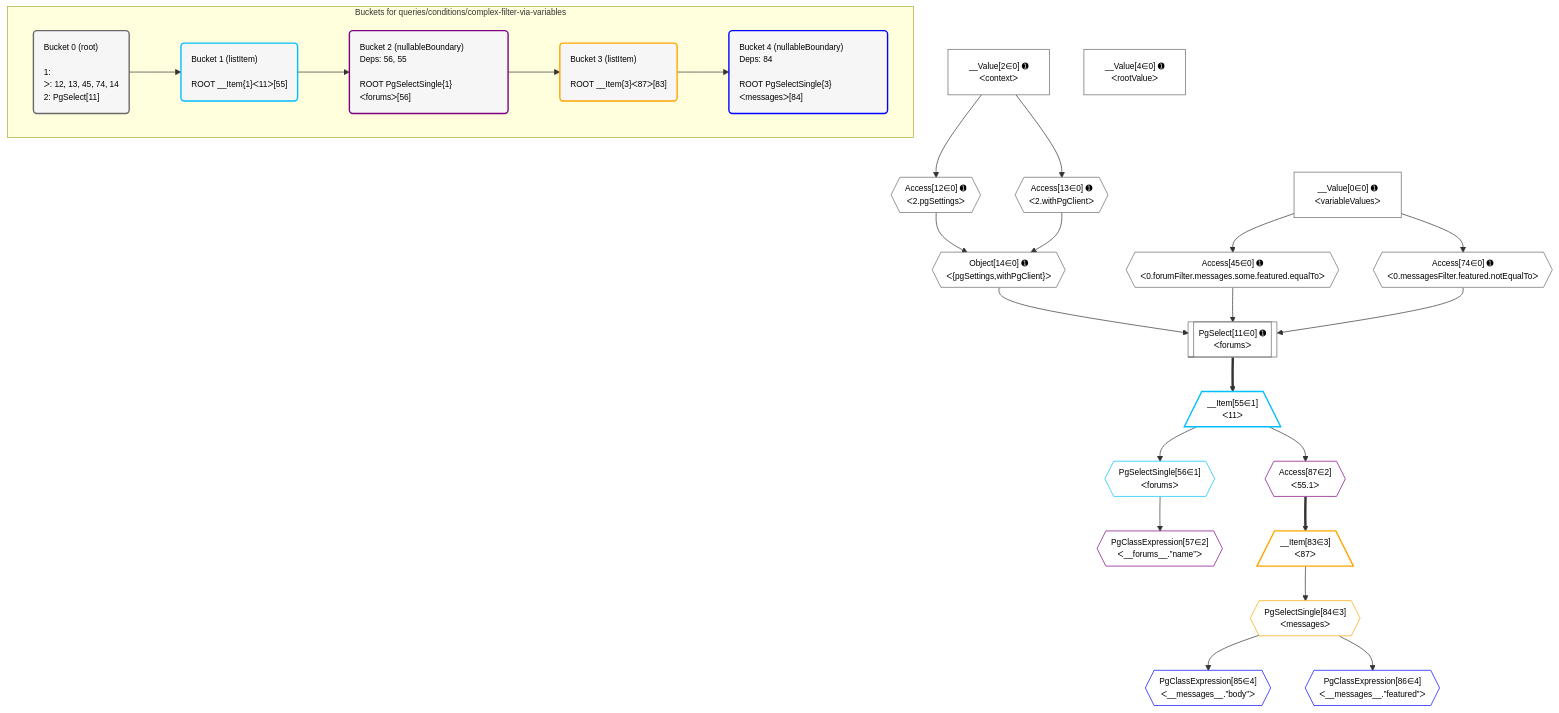
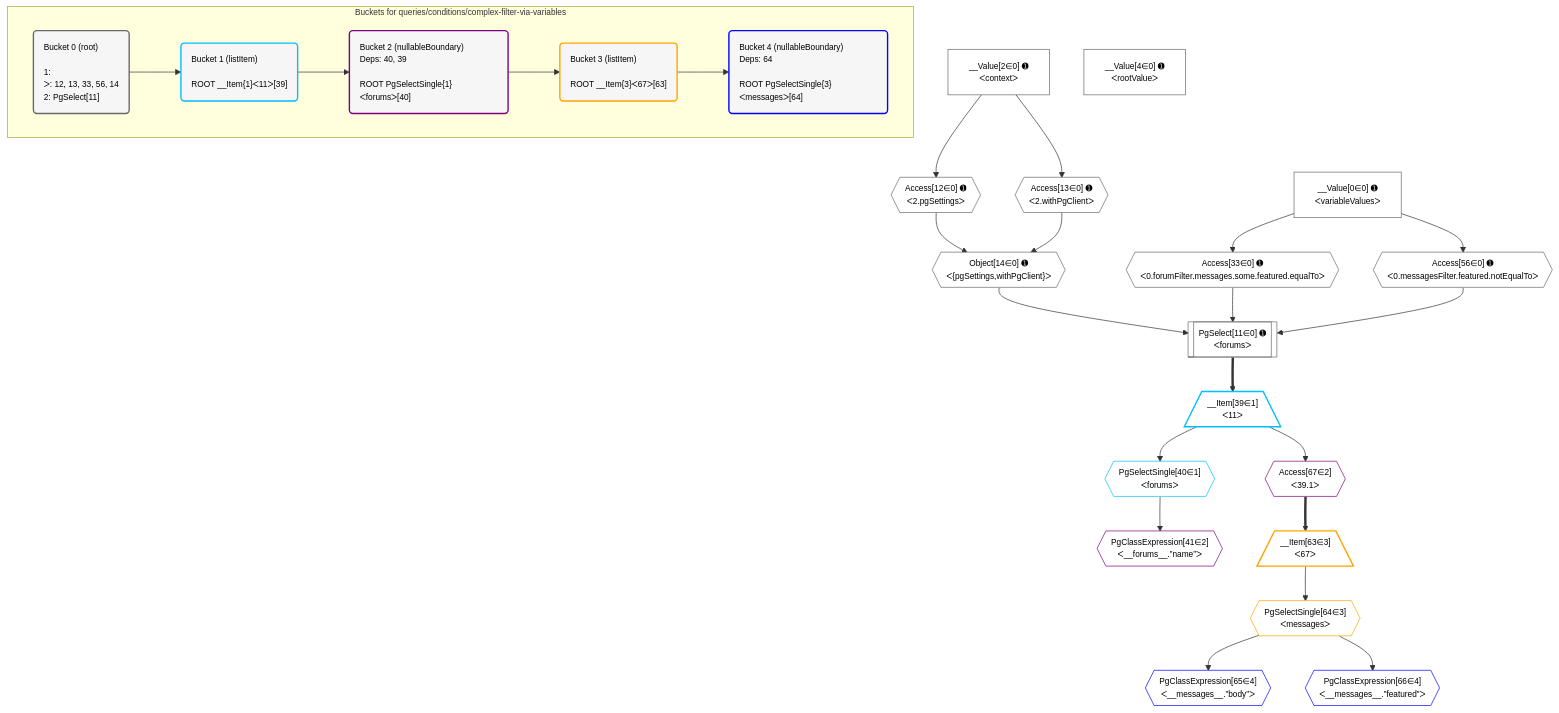
The diagram in grafast/dataplan-pg/__tests__/queries/conditions/complex-filter-via-variables.mermaid (graphile/crystal), drawn with Mermaid before and after one commit. The commit also changed 5 other files, not shown here.

```diff
--- a/grafast/dataplan-pg/__tests__/queries/conditions/complex-filter-via-variables.mermaid
+++ b/grafast/dataplan-pg/__tests__/queries/conditions/complex-filter-via-variables.mermaid
@@ -1,66 +1,66 @@
 %%{init: {'themeVariables': { 'fontSize': '12px'}}}%%
 graph TD
     classDef path fill:#eee,stroke:#000,color:#000
     classDef plan fill:#fff,stroke-width:1px,color:#000
     classDef itemplan fill:#fff,stroke-width:2px,color:#000
     classDef unbatchedplan fill:#dff,stroke-width:1px,color:#000
     classDef sideeffectplan fill:#fcc,stroke-width:2px,color:#000
     classDef bucket fill:#f6f6f6,color:#000,stroke-width:2px,text-align:left
 
 
     %% plan dependencies
     PgSelect11[["PgSelect[11∈0] ➊<br />ᐸforumsᐳ"]]:::plan
     Object14{{"Object[14∈0] ➊<br />ᐸ{pgSettings,withPgClient}ᐳ"}}:::plan
-    Access45{{"Access[45∈0] ➊<br />ᐸ0.forumFilter.messages.some.featured.equalToᐳ"}}:::plan
-    Access74{{"Access[74∈0] ➊<br />ᐸ0.messagesFilter.featured.notEqualToᐳ"}}:::plan
-    Object14 & Access45 & Access74 --> PgSelect11
+    Access33{{"Access[33∈0] ➊<br />ᐸ0.forumFilter.messages.some.featured.equalToᐳ"}}:::plan
+    Access56{{"Access[56∈0] ➊<br />ᐸ0.messagesFilter.featured.notEqualToᐳ"}}:::plan
+    Object14 & Access33 & Access56 --> PgSelect11
     Access12{{"Access[12∈0] ➊<br />ᐸ2.pgSettingsᐳ"}}:::plan
     Access13{{"Access[13∈0] ➊<br />ᐸ2.withPgClientᐳ"}}:::plan
     Access12 & Access13 --> Object14
     __Value2["__Value[2∈0] ➊<br />ᐸcontextᐳ"]:::plan
     __Value2 --> Access12
     __Value2 --> Access13
     __Value0["__Value[0∈0] ➊<br />ᐸvariableValuesᐳ"]:::plan
-    __Value0 --> Access45
-    __Value0 --> Access74
+    __Value0 --> Access33
+    __Value0 --> Access56
     __Value4["__Value[4∈0] ➊<br />ᐸrootValueᐳ"]:::plan
-    __Item55[/"__Item[55∈1]<br />ᐸ11ᐳ"\]:::itemplan
-    PgSelect11 ==> __Item55
-    PgSelectSingle56{{"PgSelectSingle[56∈1]<br />ᐸforumsᐳ"}}:::plan
-    __Item55 --> PgSelectSingle56
-    PgClassExpression57{{"PgClassExpression[57∈2]<br />ᐸ__forums__.”name”ᐳ"}}:::plan
-    PgSelectSingle56 --> PgClassExpression57
-    Access87{{"Access[87∈2]<br />ᐸ55.1ᐳ"}}:::plan
-    __Item55 --> Access87
-    __Item83[/"__Item[83∈3]<br />ᐸ87ᐳ"\]:::itemplan
-    Access87 ==> __Item83
-    PgSelectSingle84{{"PgSelectSingle[84∈3]<br />ᐸmessagesᐳ"}}:::plan
-    __Item83 --> PgSelectSingle84
-    PgClassExpression85{{"PgClassExpression[85∈4]<br />ᐸ__messages__.”body”ᐳ"}}:::plan
-    PgSelectSingle84 --> PgClassExpression85
-    PgClassExpression86{{"PgClassExpression[86∈4]<br />ᐸ__messages__.”featured”ᐳ"}}:::plan
-    PgSelectSingle84 --> PgClassExpression86
+    __Item39[/"__Item[39∈1]<br />ᐸ11ᐳ"\]:::itemplan
+    PgSelect11 ==> __Item39
+    PgSelectSingle40{{"PgSelectSingle[40∈1]<br />ᐸforumsᐳ"}}:::plan
+    __Item39 --> PgSelectSingle40
+    PgClassExpression41{{"PgClassExpression[41∈2]<br />ᐸ__forums__.”name”ᐳ"}}:::plan
+    PgSelectSingle40 --> PgClassExpression41
+    Access67{{"Access[67∈2]<br />ᐸ39.1ᐳ"}}:::plan
+    __Item39 --> Access67
+    __Item63[/"__Item[63∈3]<br />ᐸ67ᐳ"\]:::itemplan
+    Access67 ==> __Item63
+    PgSelectSingle64{{"PgSelectSingle[64∈3]<br />ᐸmessagesᐳ"}}:::plan
+    __Item63 --> PgSelectSingle64
+    PgClassExpression65{{"PgClassExpression[65∈4]<br />ᐸ__messages__.”body”ᐳ"}}:::plan
+    PgSelectSingle64 --> PgClassExpression65
+    PgClassExpression66{{"PgClassExpression[66∈4]<br />ᐸ__messages__.”featured”ᐳ"}}:::plan
+    PgSelectSingle64 --> PgClassExpression66
 
     %% define steps
 
     subgraph "Buckets for queries/conditions/complex-filter-via-variables"
-    Bucket0("Bucket 0 (root)<br /><br />1: <br />ᐳ: 12, 13, 45, 74, 14<br />2: PgSelect[11]"):::bucket
+    Bucket0("Bucket 0 (root)<br /><br />1: <br />ᐳ: 12, 13, 33, 56, 14<br />2: PgSelect[11]"):::bucket
     classDef bucket0 stroke:#696969
-    class Bucket0,__Value0,__Value2,__Value4,PgSelect11,Access12,Access13,Object14,Access45,Access74 bucket0
-    Bucket1("Bucket 1 (listItem)<br /><br />ROOT __Item{1}ᐸ11ᐳ[55]"):::bucket
+    class Bucket0,__Value0,__Value2,__Value4,PgSelect11,Access12,Access13,Object14,Access33,Access56 bucket0
+    Bucket1("Bucket 1 (listItem)<br /><br />ROOT __Item{1}ᐸ11ᐳ[39]"):::bucket
     classDef bucket1 stroke:#00bfff
-    class Bucket1,__Item55,PgSelectSingle56 bucket1
-    Bucket2("Bucket 2 (nullableBoundary)<br />Deps: 56, 55<br /><br />ROOT PgSelectSingle{1}ᐸforumsᐳ[56]"):::bucket
+    class Bucket1,__Item39,PgSelectSingle40 bucket1
+    Bucket2("Bucket 2 (nullableBoundary)<br />Deps: 40, 39<br /><br />ROOT PgSelectSingle{1}ᐸforumsᐳ[40]"):::bucket
     classDef bucket2 stroke:#7f007f
-    class Bucket2,PgClassExpression57,Access87 bucket2
-    Bucket3("Bucket 3 (listItem)<br /><br />ROOT __Item{3}ᐸ87ᐳ[83]"):::bucket
+    class Bucket2,PgClassExpression41,Access67 bucket2
+    Bucket3("Bucket 3 (listItem)<br /><br />ROOT __Item{3}ᐸ67ᐳ[63]"):::bucket
     classDef bucket3 stroke:#ffa500
-    class Bucket3,__Item83,PgSelectSingle84 bucket3
-    Bucket4("Bucket 4 (nullableBoundary)<br />Deps: 84<br /><br />ROOT PgSelectSingle{3}ᐸmessagesᐳ[84]"):::bucket
+    class Bucket3,__Item63,PgSelectSingle64 bucket3
+    Bucket4("Bucket 4 (nullableBoundary)<br />Deps: 64<br /><br />ROOT PgSelectSingle{3}ᐸmessagesᐳ[64]"):::bucket
     classDef bucket4 stroke:#0000ff
-    class Bucket4,PgClassExpression85,PgClassExpression86 bucket4
+    class Bucket4,PgClassExpression65,PgClassExpression66 bucket4
     Bucket0 --> Bucket1
     Bucket1 --> Bucket2
     Bucket2 --> Bucket3
     Bucket3 --> Bucket4
     end
```
